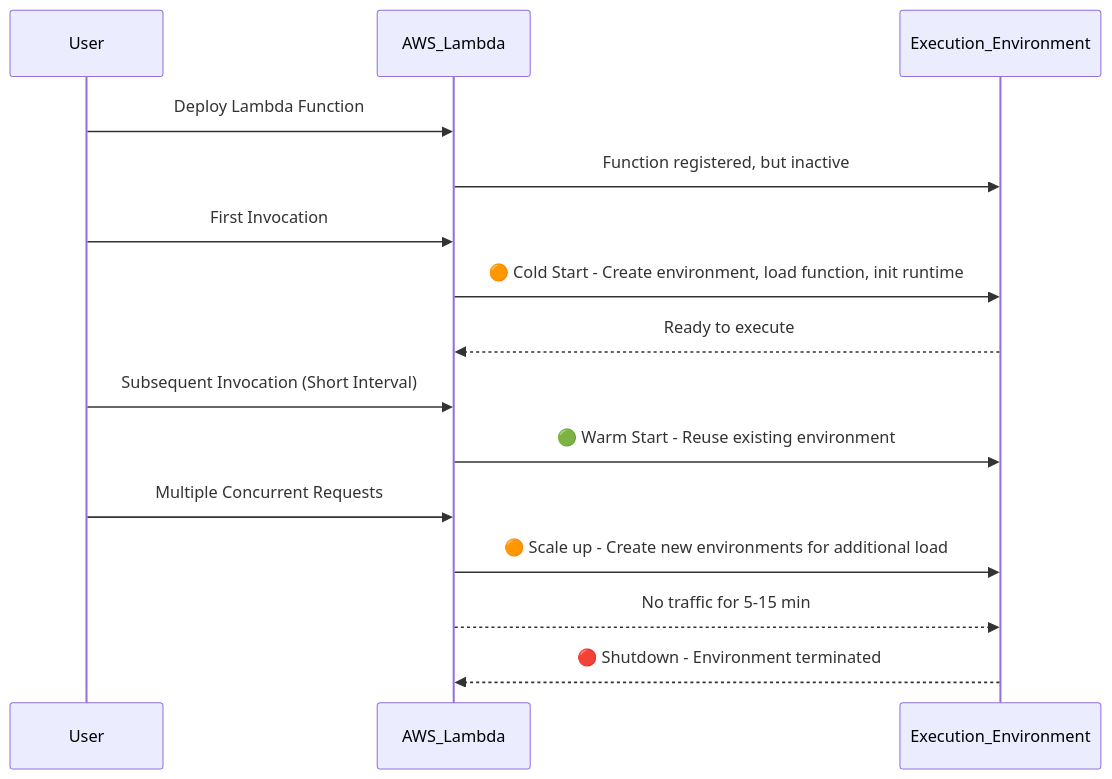
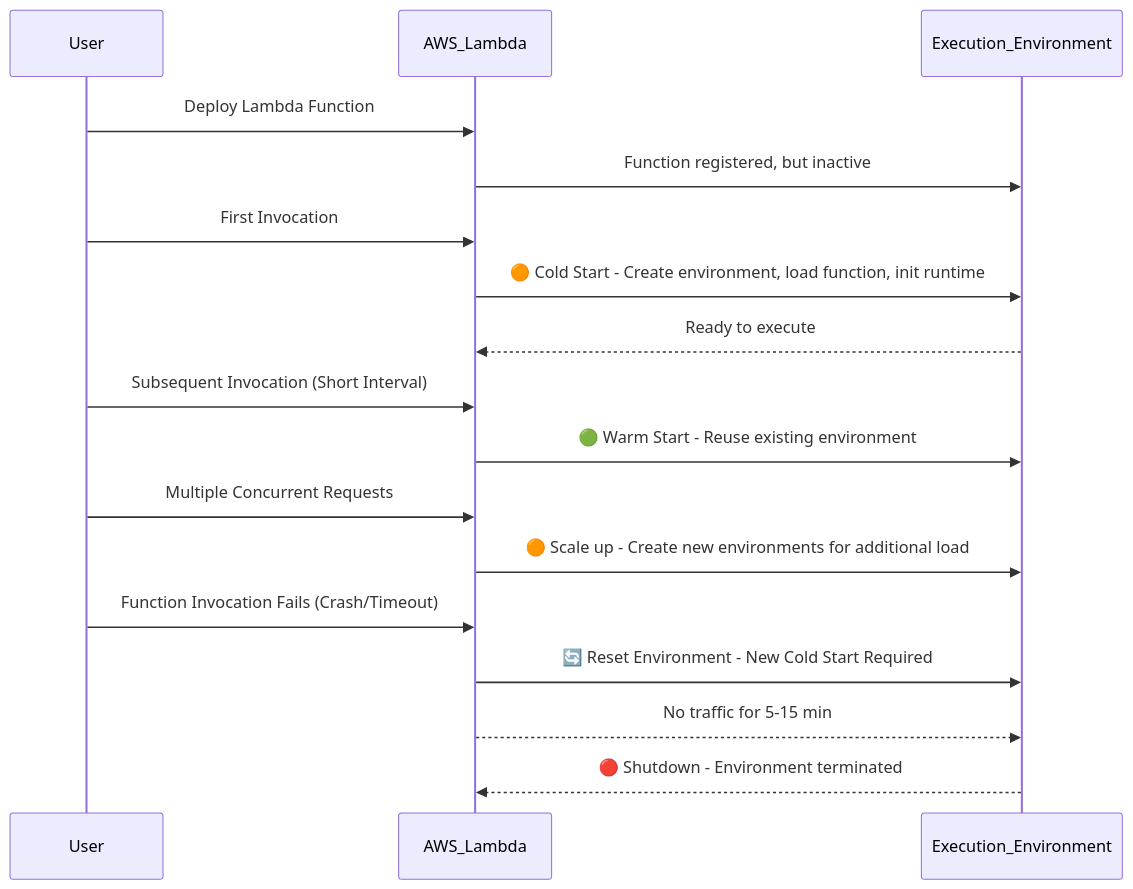
The diagram in 5-cloud Providers/aws/aws-services/compute/lambda/1.10.lambda-execution-lifecycle.md (hadywafa/DevOpsHub), drawn with Mermaid before and after one commit. The commit also changed other lines of this file and 6 other files, not shown here.

````diff
--- a/5-cloud Providers/aws/aws-services/compute/lambda/1.10.lambda-execution-lifecycle.md
+++ b/5-cloud Providers/aws/aws-services/compute/lambda/1.10.lambda-execution-lifecycle.md
@@ -81,22 +93,25 @@
 ```mermaid
 sequenceDiagram
     participant User
     participant AWS_Lambda
     participant Execution_Environment
 
     User->>AWS_Lambda: Deploy Lambda Function
     AWS_Lambda->>Execution_Environment: Function registered, but inactive
 
     User->>AWS_Lambda: First Invocation
     AWS_Lambda->>Execution_Environment: 🟠 Cold Start - Create environment, load function, init runtime
     Execution_Environment-->>AWS_Lambda: Ready to execute
 
     User->>AWS_Lambda: Subsequent Invocation (Short Interval)
     AWS_Lambda->>Execution_Environment: 🟢 Warm Start - Reuse existing environment
 
     User->>AWS_Lambda: Multiple Concurrent Requests
     AWS_Lambda->>Execution_Environment: 🟠 Scale up - Create new environments for additional load
 
+    User->>AWS_Lambda: Function Invocation Fails (Crash/Timeout)
+    AWS_Lambda->>Execution_Environment: 🔄 Reset Environment - New Cold Start Required
+
     AWS_Lambda-->>Execution_Environment: No traffic for 5-15 min
     Execution_Environment-->>AWS_Lambda: 🔴 Shutdown - Environment terminated
 ```
````
